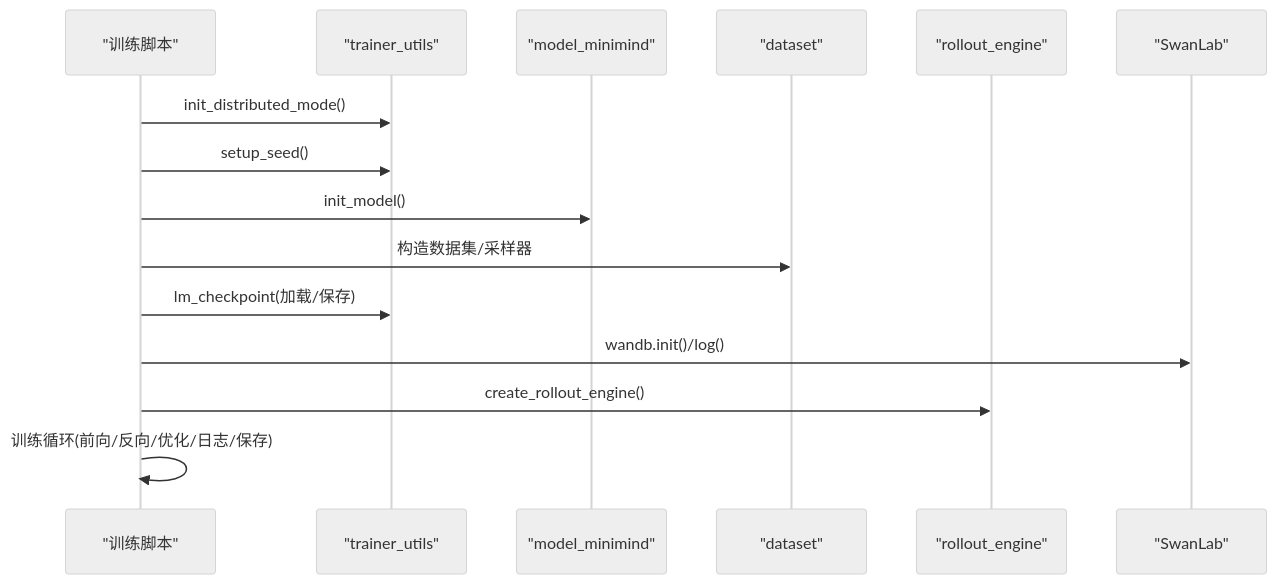
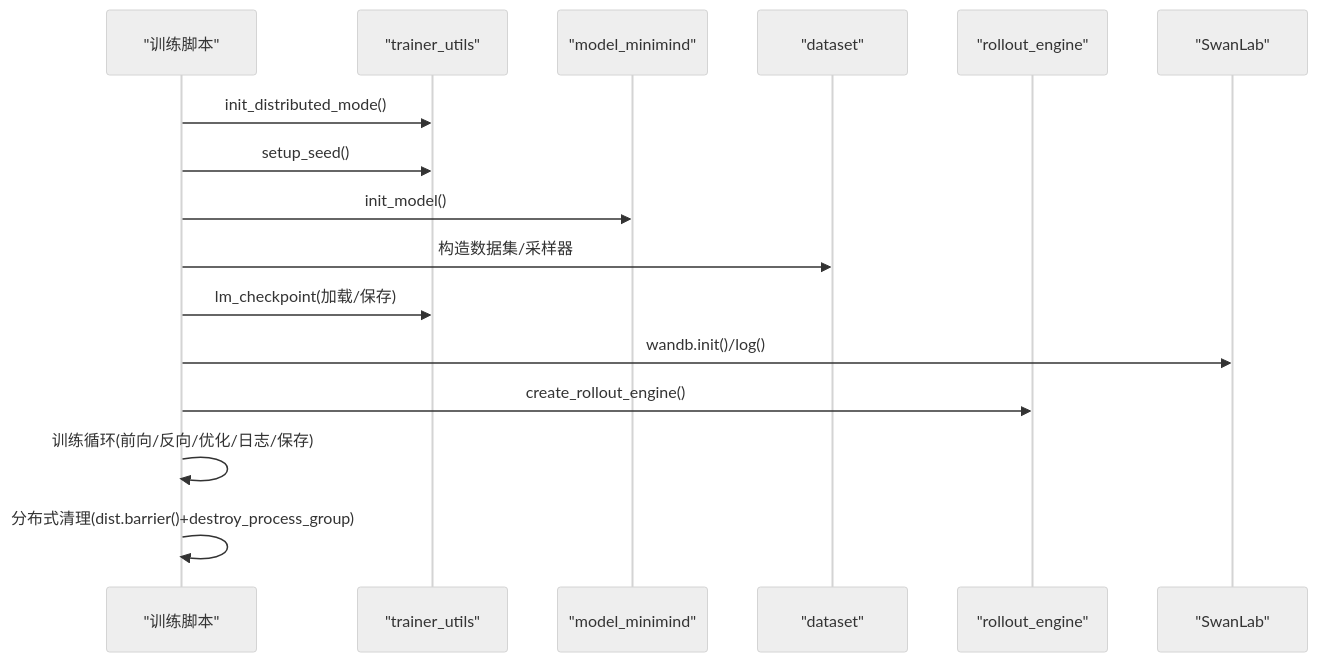
One commit to haolange/minimind changed the second of 15 diagrams in .qoder/repowiki/zh/content/训练算法实现/训练工具与实用程序.md. Above: the diagram before and after it, drawn with Mermaid (neutral theme). The commit also changed other lines of this file and 3 other files, not shown here.

````diff
--- a/.qoder/repowiki/zh/content/训练算法实现/训练工具与实用程序.md
+++ b/.qoder/repowiki/zh/content/训练算法实现/训练工具与实用程序.md
@@ -125,17 +136,18 @@
 ```mermaid
 sequenceDiagram
 participant Script as "训练脚本"
 participant Utils as "trainer_utils"
 participant Model as "model_minimind"
 participant DS as "dataset"
 participant RE as "rollout_engine"
 participant Log as "SwanLab"
 Script->>Utils : init_distributed_mode()
 Script->>Utils : setup_seed()
 Script->>Model : init_model()
 Script->>DS : 构造数据集/采样器
 Script->>Utils : lm_checkpoint(加载/保存)
 Script->>Log : wandb.init()/log()
 Script->>RE : create_rollout_engine()
 Script->>Script : 训练循环(前向/反向/优化/日志/保存)
+Script->>Script : 分布式清理(dist.barrier()+destroy_process_group)
 ```
````
